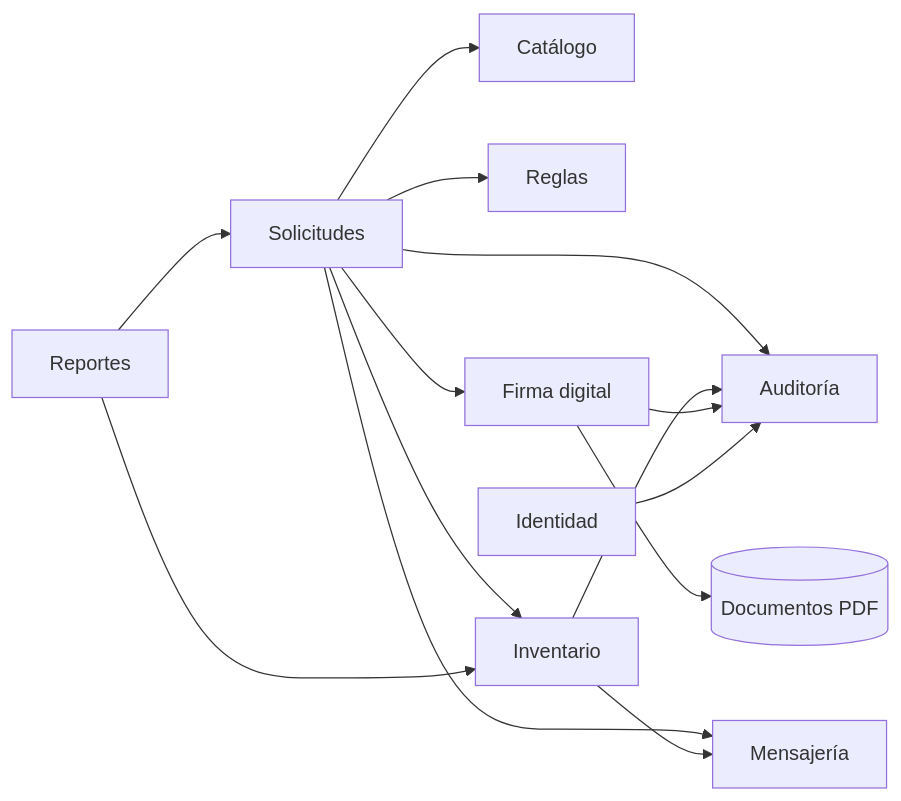
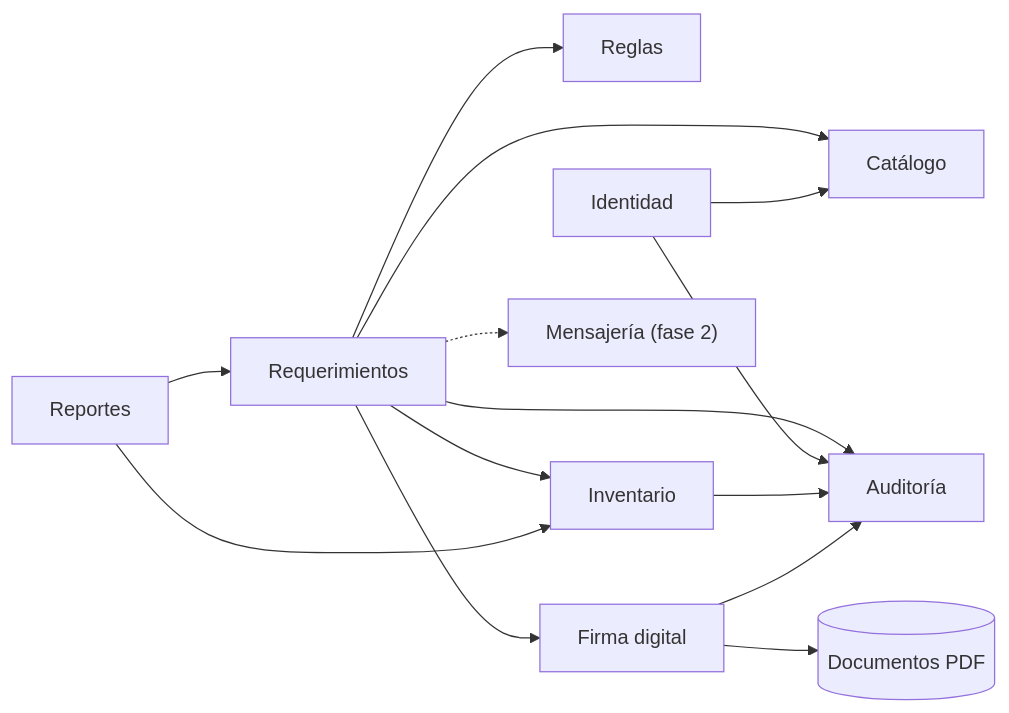
One commit to gabito029/SGA-arquitSoft-02 changed the diagram in docs/02-arquitectura-software/componentes-arquitectonicos.md. Above: the diagram before and after it, drawn with Mermaid. The commit also changed other lines of this file, not shown here.

````diff
--- a/docs/02-arquitectura-software/componentes-arquitectonicos.md
+++ b/docs/02-arquitectura-software/componentes-arquitectonicos.md
@@ -17,16 +20,16 @@
 ```mermaid
 flowchart LR
-    Solicitudes --> Catalogo["Catálogo"]
-    Solicitudes --> Reglas
-    Solicitudes --> Firma["Firma digital"]
-    Solicitudes --> Inventario
-    Solicitudes --> Mensajeria["Mensajería"]
-    Solicitudes --> Auditoria["Auditoría"]
-    Inventario --> Mensajeria
+    Requerimientos --> Catalogo["Catálogo"]
+    Requerimientos --> Reglas
+    Requerimientos --> Firma["Firma digital"]
+    Requerimientos --> Inventario
+    Requerimientos --> Auditoria["Auditoría"]
+    Requerimientos -.-> Mensajeria["Mensajería (fase 2)"]
+    Identidad --> Catalogo
+    Identidad --> Auditoria
     Inventario --> Auditoria
     Firma --> Auditoria
-    Identidad --> Auditoria
-    Reportes --> Solicitudes
+    Reportes --> Requerimientos
     Reportes --> Inventario
     Firma --> Documentos[("Documentos PDF")]
 ```
````
